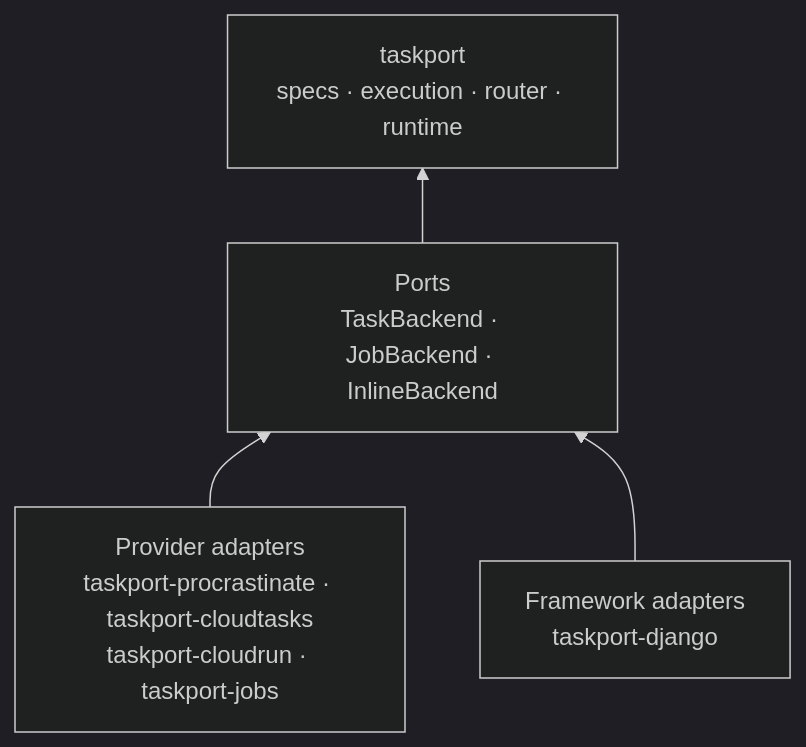
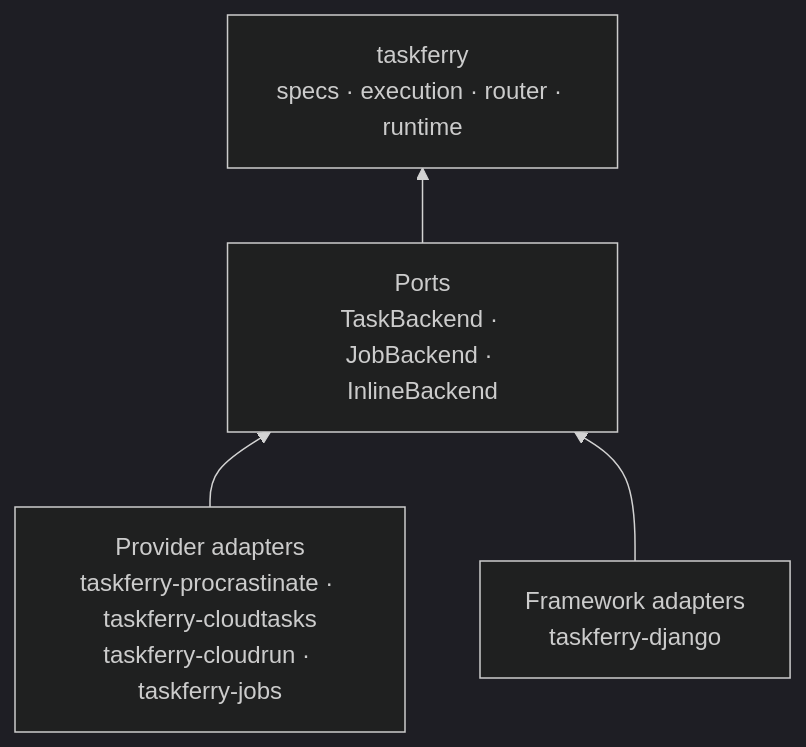
Before and after one commit to xiidigital/taskferry: the fourth of 7 diagrams in docs/architecture/refactor-2026.md, drawn with Mermaid (dark theme). The commit also changed other lines of this file and 424 other files, not shown here.

First line of the commit message:
refactor: rebrand taskport to taskferry across all distributions

````diff
--- a/docs/architecture/refactor-2026.md
+++ b/docs/architecture/refactor-2026.md
@@ -217,11 +217,11 @@
 ```mermaid
 flowchart BT
-    PROVIDERS["Provider adapters<br/>taskport-procrastinate · taskport-cloudtasks<br/>taskport-cloudrun · taskport-jobs"]
-    FRAMEWORKS["Framework adapters<br/>taskport-django"]
+    PROVIDERS["Provider adapters<br/>taskferry-procrastinate · taskferry-cloudtasks<br/>taskferry-cloudrun · taskferry-jobs"]
+    FRAMEWORKS["Framework adapters<br/>taskferry-django"]
     PORTS["Ports<br/>TaskBackend · JobBackend · InlineBackend"]
-    CORE["taskport<br/>specs · execution · router · runtime"]
+    CORE["taskferry<br/>specs · execution · router · runtime"]
 
     PROVIDERS --> PORTS
     FRAMEWORKS --> PORTS
     PORTS --> CORE
 ```
````
